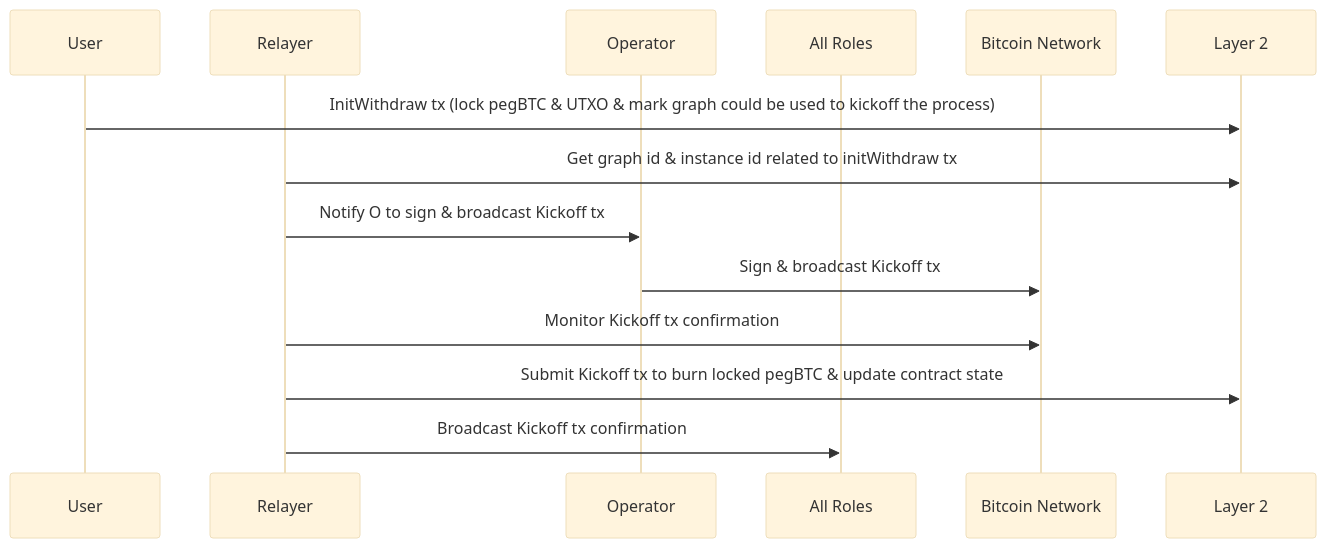
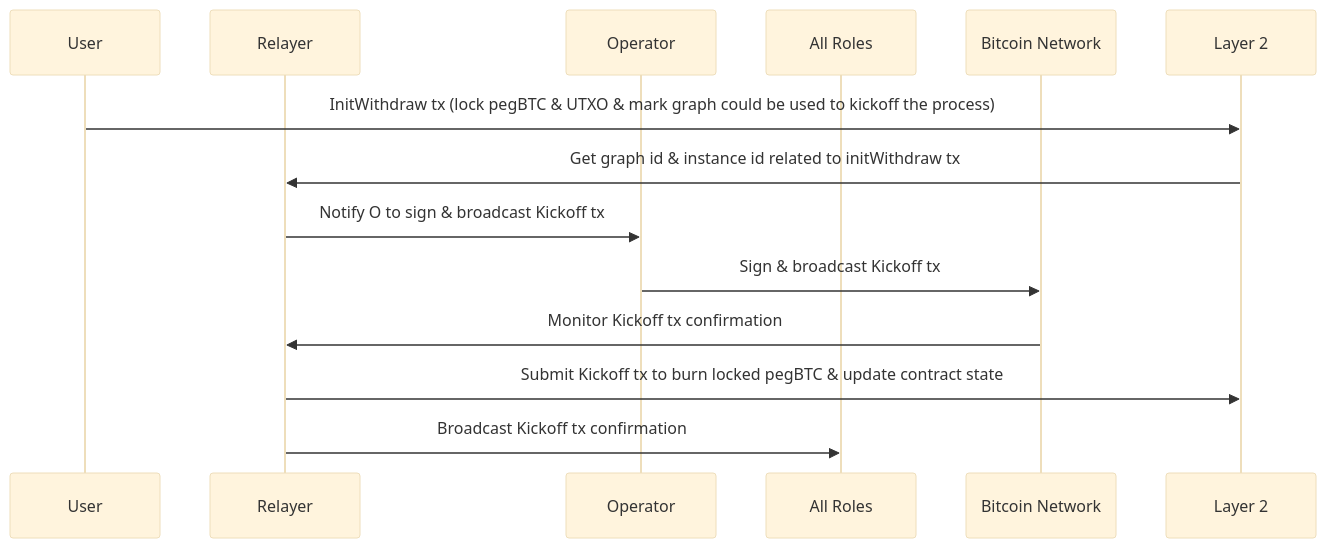
One commit to jackDev221/bitvm2-node changed the third of 6 diagrams in README.md. Above: the diagram before and after it, drawn with Mermaid (base theme). The commit also changed other lines of this file, not shown here.

````diff
--- a/README.md
+++ b/README.md
@@ -54,17 +82,17 @@
 ```mermaid
 sequenceDiagram
     participant U as User
     participant R as Relayer
     participant O as Operator
     participant A as All Roles
     participant B as Bitcoin Network
     participant L2 as Layer 2
 
     U->>L2: InitWithdraw tx (lock pegBTC & UTXO & mark graph could be used to kickoff the process)
-    R->>L2: Get graph id & instance id related to initWithdraw tx
+    L2->>R: Get graph id & instance id related to initWithdraw tx
     R->>O: Notify O to sign & broadcast Kickoff tx
     O->>B: Sign & broadcast Kickoff tx
-    R->>B: Monitor Kickoff tx confirmation
+    B->>R: Monitor Kickoff tx confirmation
     R->>L2: Submit Kickoff tx to burn locked pegBTC & update contract state
     R->>A: Broadcast Kickoff tx confirmation
 ```
````
